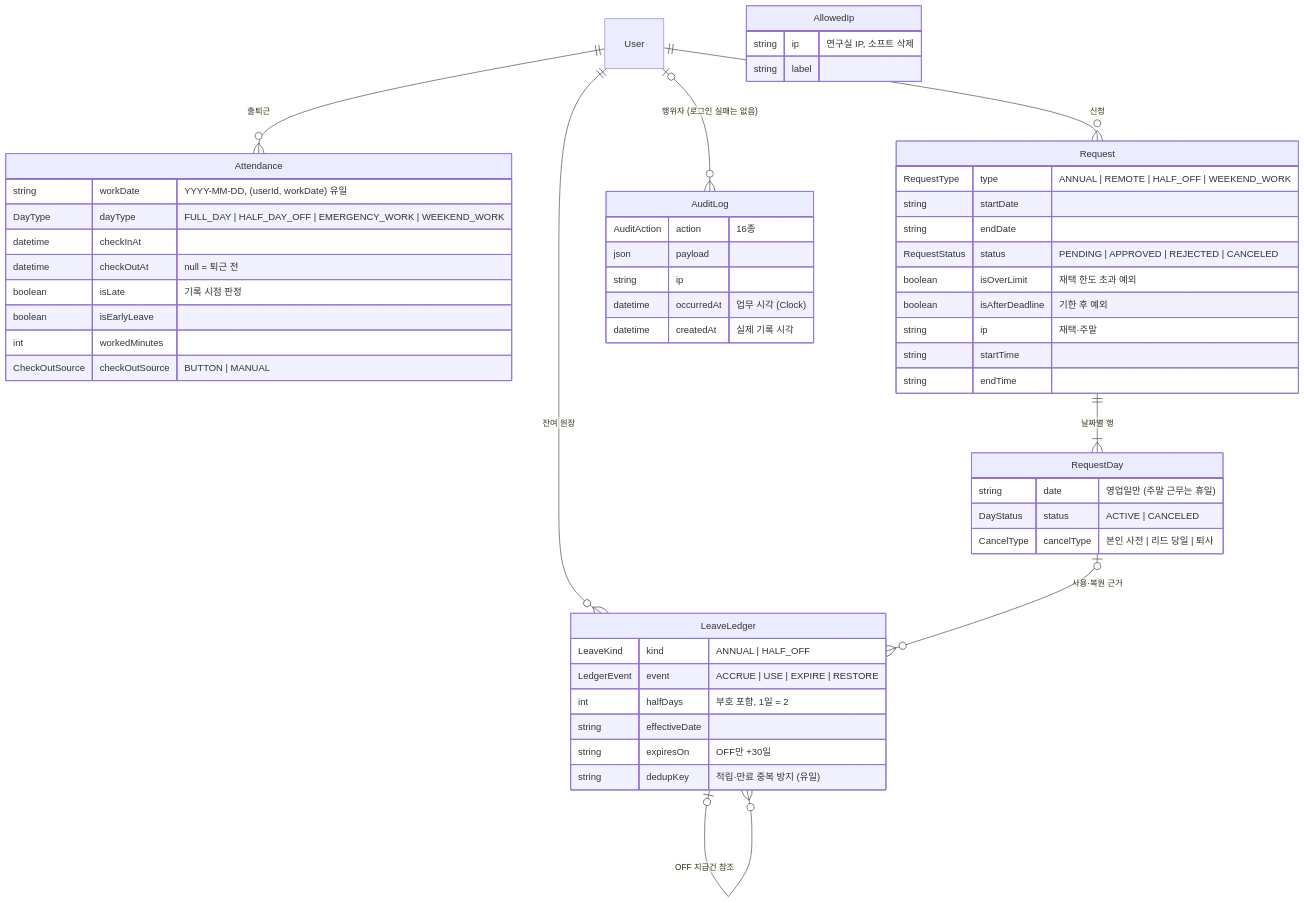
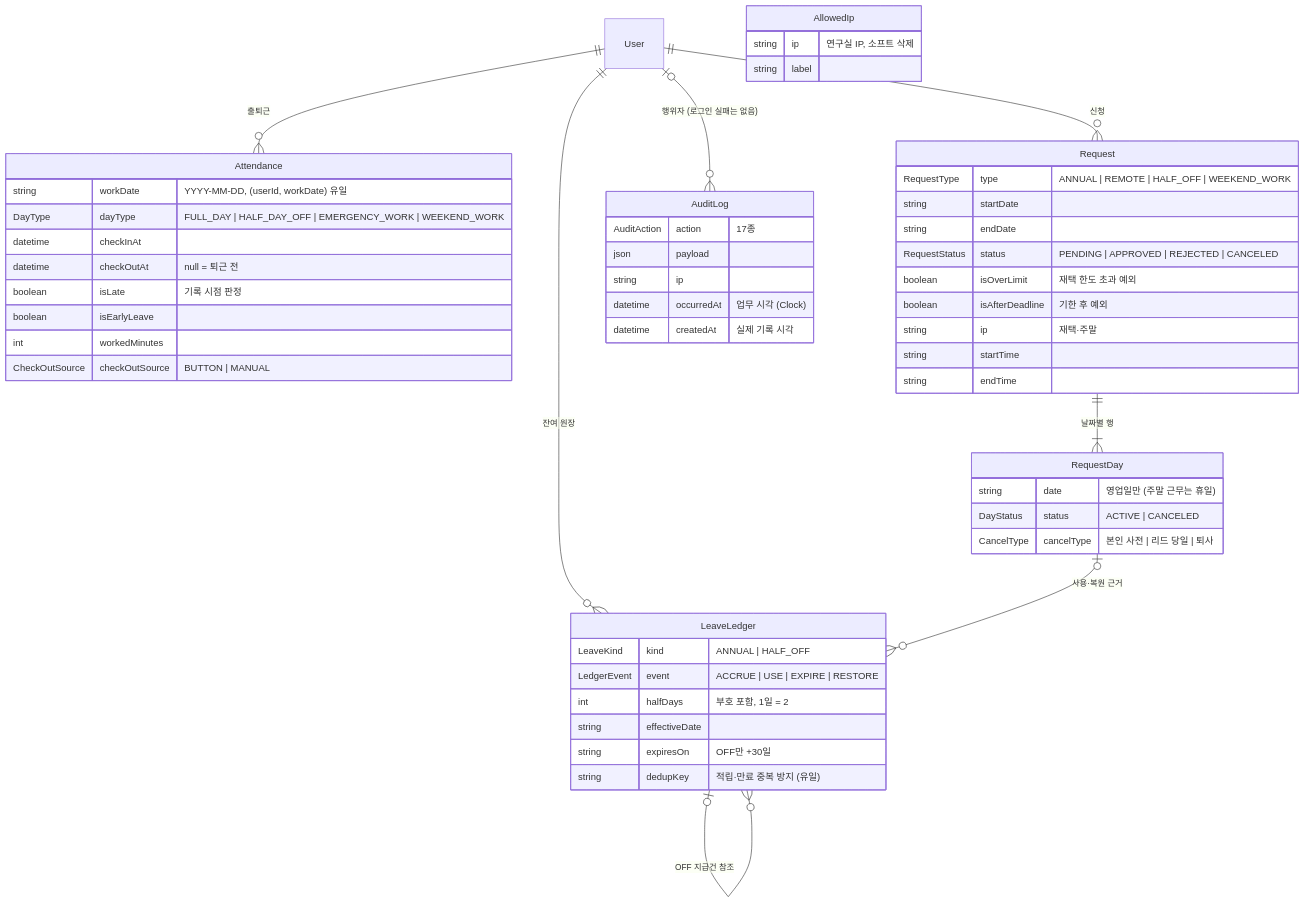
One commit to doosup/team-attendance-system changed the second of 2 diagrams in README.md. Above: the diagram before and after it, drawn with Mermaid. The commit also changed other lines of this file and 1 other file, not shown here.

````diff
--- a/README.md
+++ b/README.md
@@ -166,56 +166,56 @@
 ```mermaid
 erDiagram
     User ||--o{ Attendance : "출퇴근"
     User ||--o{ Request : "신청"
     Request ||--|{ RequestDay : "날짜별 행"
     User ||--o{ LeaveLedger : "잔여 원장"
     RequestDay |o--o{ LeaveLedger : "사용·복원 근거"
     LeaveLedger |o--o{ LeaveLedger : "OFF 지급건 참조"
     User |o--o{ AuditLog : "행위자 (로그인 실패는 없음)"
 
     Attendance {
         string workDate "YYYY-MM-DD, (userId, workDate) 유일"
         DayType dayType "FULL_DAY | HALF_DAY_OFF | EMERGENCY_WORK | WEEKEND_WORK"
         datetime checkInAt
         datetime checkOutAt "null = 퇴근 전"
         boolean isLate "기록 시점 판정"
         boolean isEarlyLeave
         int workedMinutes
         CheckOutSource checkOutSource "BUTTON | MANUAL"
     }
     Request {
         RequestType type "ANNUAL | REMOTE | HALF_OFF | WEEKEND_WORK"
         string startDate
         string endDate
         RequestStatus status "PENDING | APPROVED | REJECTED | CANCELED"
         boolean isOverLimit "재택 한도 초과 예외"
         boolean isAfterDeadline "기한 후 예외"
         string ip "재택·주말"
         string startTime
         string endTime
     }
     RequestDay {
         string date "영업일만 (주말 근무는 휴일)"
         DayStatus status "ACTIVE | CANCELED"
         CancelType cancelType "본인 사전 | 리드 당일 | 퇴사"
     }
     LeaveLedger {
         LeaveKind kind "ANNUAL | HALF_OFF"
         LedgerEvent event "ACCRUE | USE | EXPIRE | RESTORE"
         int halfDays "부호 포함, 1일 = 2"
         string effectiveDate
         string expiresOn "OFF만 +30일"
         string dedupKey "적립·만료 중복 방지 (유일)"
     }
     AllowedIp {
         string ip "연구실 IP, 소프트 삭제"
         string label
     }
     AuditLog {
-        AuditAction action "16종"
+        AuditAction action "17종"
         json payload
         string ip
         datetime occurredAt "업무 시각 (Clock)"
         datetime createdAt "실제 기록 시각"
     }
 ```
````
